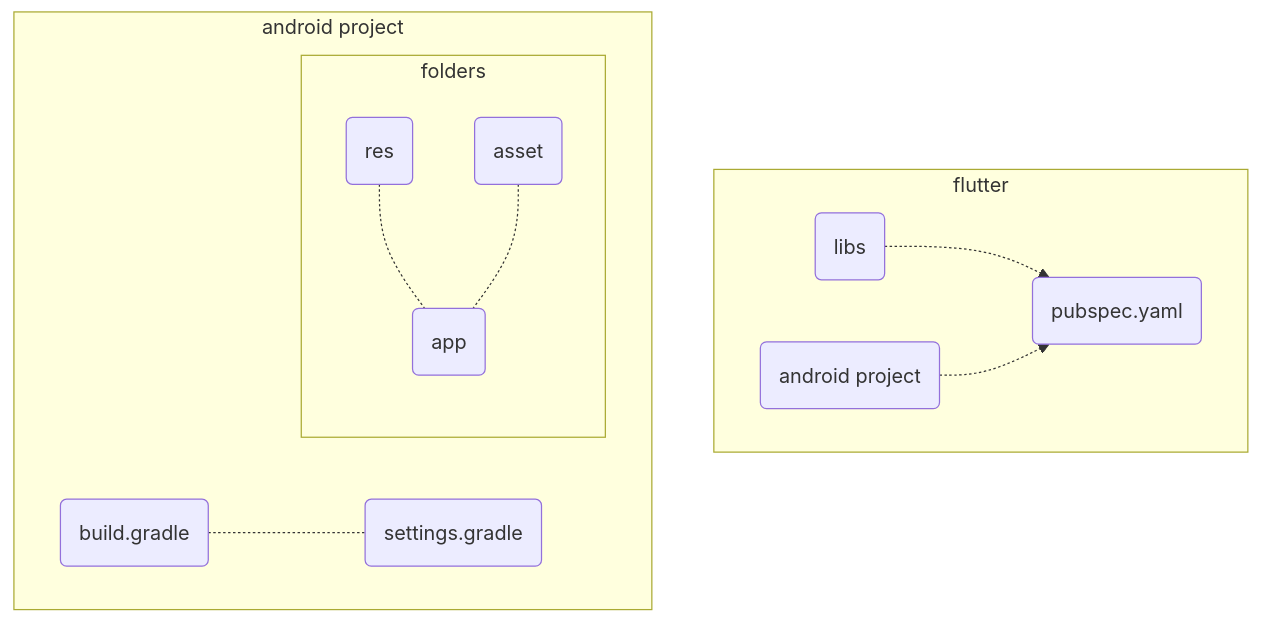
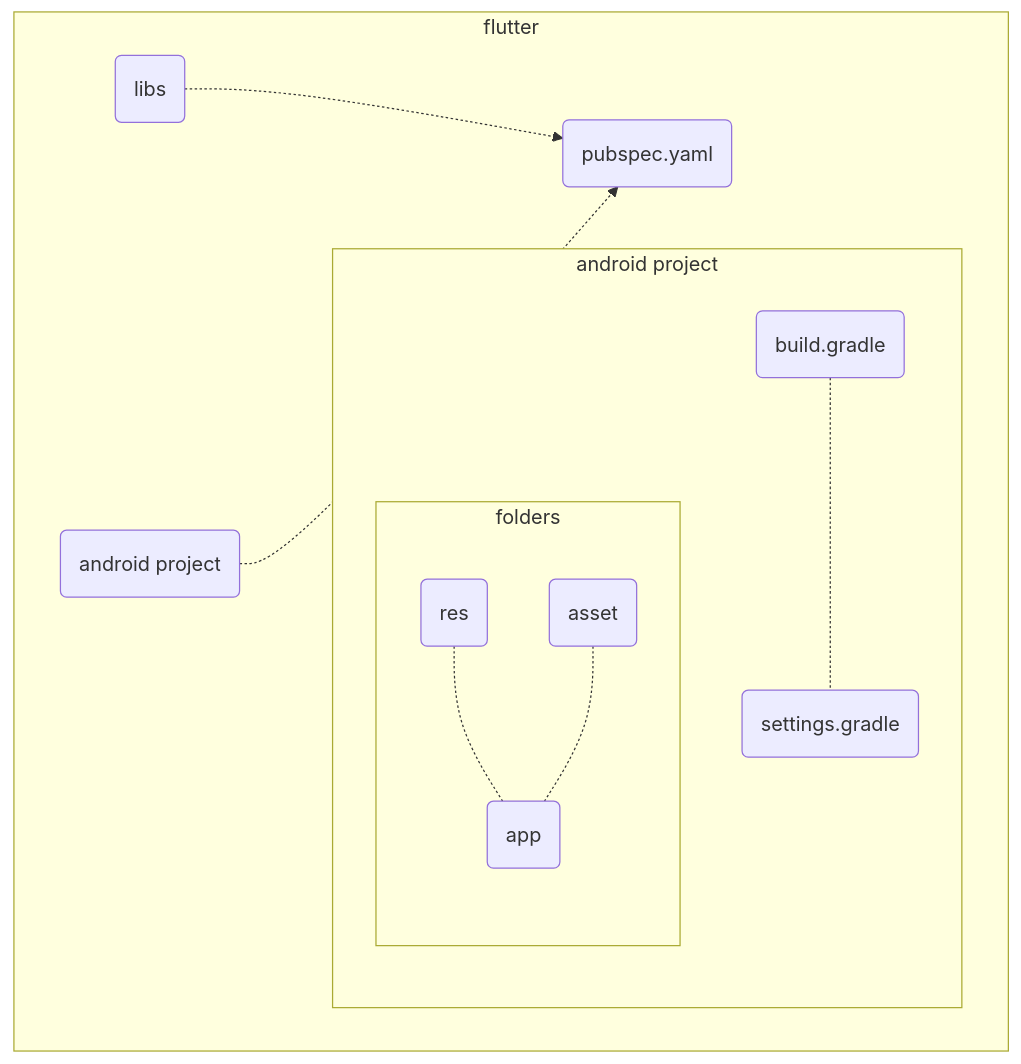
One commit to gordianknotC/nxp_note changed the second of 2 diagrams in flutter/addAndroidProjIntoFlutter.md. Above: the diagram before and after it, drawn with Mermaid. The commit also changed other lines of this file, not shown here.

Commit message:
flutter/addAndroidProjIntoFlutter.md updated from https://stackedit.io/

````diff
--- a/flutter/addAndroidProjIntoFlutter.md
+++ b/flutter/addAndroidProjIntoFlutter.md
@@ -225,17 +225,18 @@
 ```mermaid
 graph TB
 	subgraph flutter
 		FL(libs) -.-> FP(pubspec.yaml)
 		FA(android project) -.-> FP
+		subgraph android project
+			AB(build.gradle) -.- AS(settings.gradle)
+			
+			subgraph folders
+				PR(res) -.- PA(app)
+				PS(asset) -.- PA
+			end
+				
+		end
 	end
-	subgraph android project
-		AB(build.gradle) -.- AS(settings.gradle)
-		
-		subgraph folders
-			PR(res) -.- PA(app)
-			PS(asset) -.- PA
-		end
-		
-	end
+	
 	 
 ```
````
